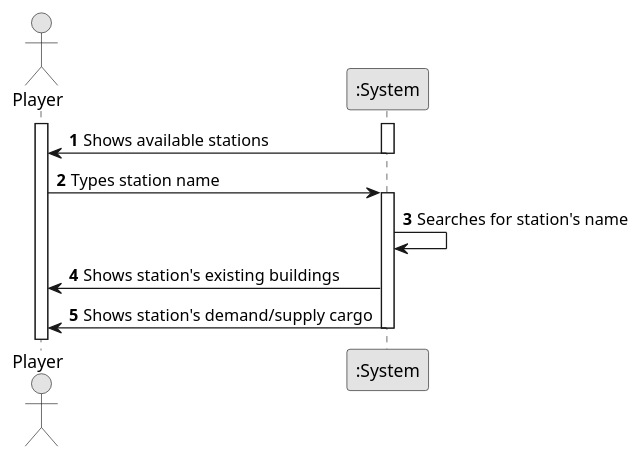
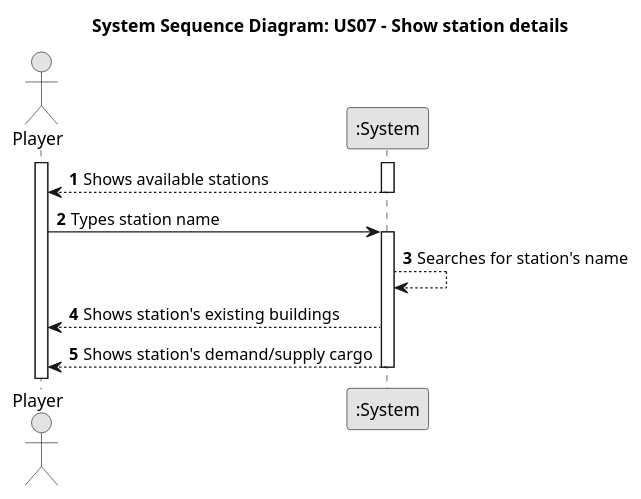
The diagram in docs/system-documentation/Sprint 1/US07/01.requirements-engineering/puml/US007-SSD.puml (HenriqueSilva18/Railway-Network-Simulator), drawn with PlantUML before and after one commit. The commit also changed 1 other file, not shown here.

Commit message:
US07 - Update SSD Diagram #7

```diff
--- a/docs/system-documentation/Sprint 1/US07/01.requirements-engineering/puml/US007-SSD.puml
+++ b/docs/system-documentation/Sprint 1/US07/01.requirements-engineering/puml/US007-SSD.puml
@@ -1,28 +1,29 @@
 @startuml
+title System Sequence Diagram: US07 - Show station details
 skinparam monochrome true
 skinparam packageStyle rectangle
 skinparam shadowing false
 
 autonumber
 
 actor "Player" as Player
 participant ":System" as System
 
 activate Player
 activate System
 
-    System -> Player : Shows available stations
+    System --> Player : Shows available stations
     deactivate System
 
     Player -> System : Types station name
     activate System
-    System -> System : Searches for station's name
-    System -> Player : Shows station's existing buildings
-    System -> Player : Shows station's demand/supply cargo
+    System --> System : Searches for station's name
+    System --> Player : Shows station's existing buildings
+    System --> Player : Shows station's demand/supply cargo
     deactivate System
 
 
     deactivate System
 
 
 @enduml
```
